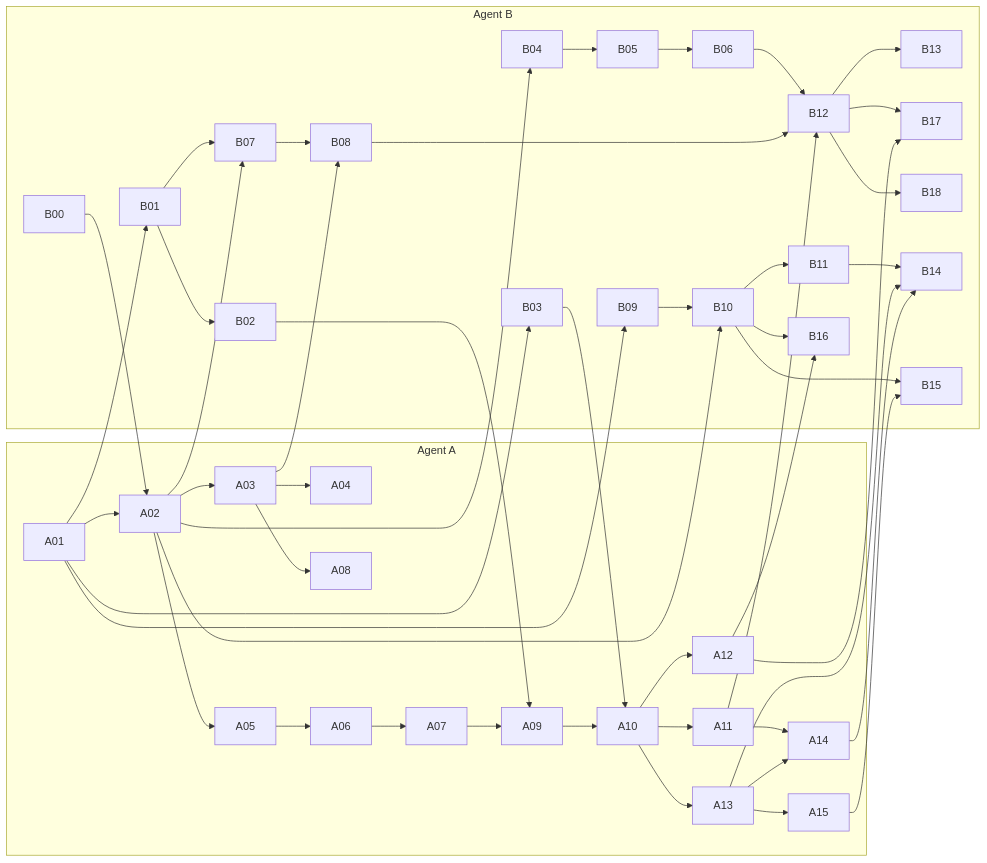
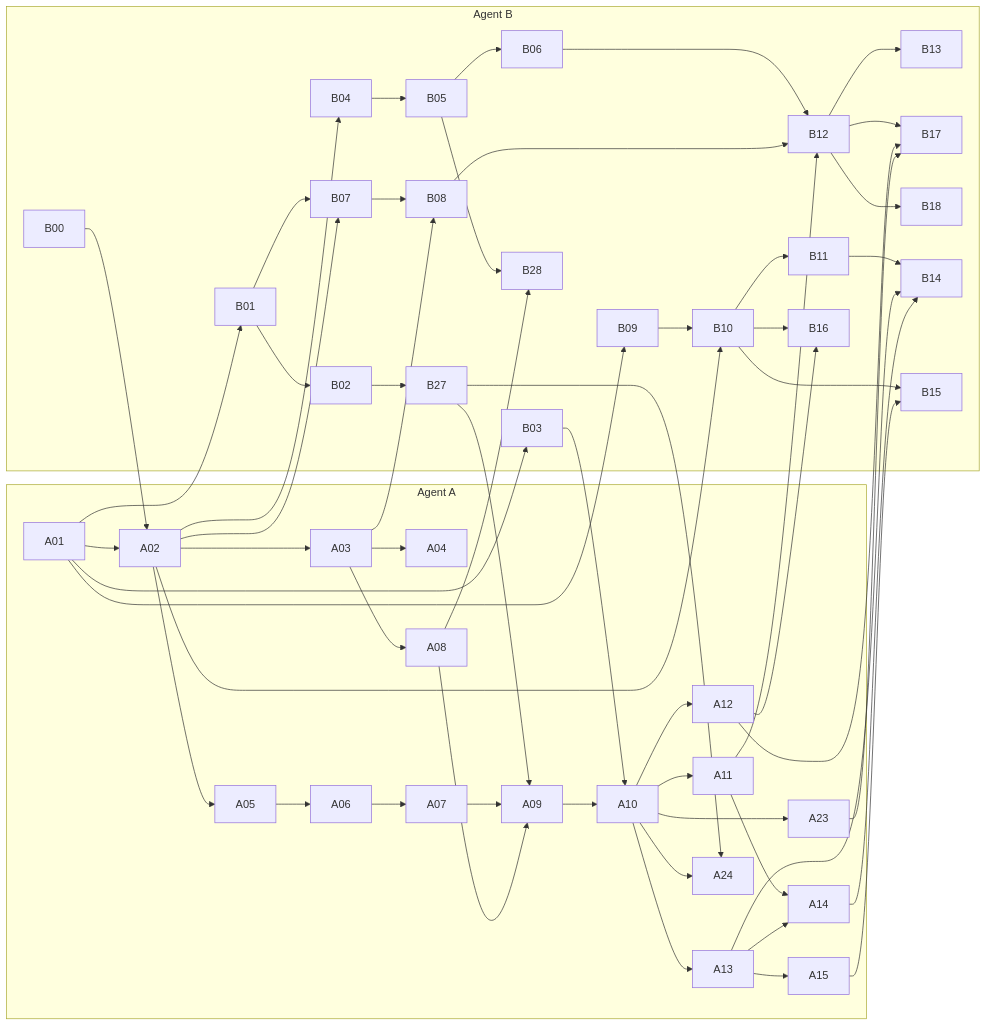
Before and after one commit to Adhil523/kosha: the diagram in docs/agents/PROTOCOL.md, drawn with Mermaid. The commit also changed other lines of this file, not shown here.

````diff
--- a/docs/agents/PROTOCOL.md
+++ b/docs/agents/PROTOCOL.md
@@ -222,34 +234,37 @@
 ```mermaid
 flowchart LR
   subgraph A[Agent A]
     A01 --> A02 --> A03 --> A04
     A02 --> A05 --> A06 --> A07
     A03 --> A08
-    A07 --> A09 --> A10 --> A11
-    A10 --> A12 & A13
+    A07 & A08 --> A09 --> A10 --> A11
+    A10 --> A12 & A13 & A23 & A24
     A11 & A13 --> A14
     A13 --> A15
   end
   subgraph B[Agent B]
     B00
-    B01 --> B02
+    B01 --> B02 --> B27
     B01 --> B07
     B03
     B04 --> B05 --> B06
+    B05 --> B28
     B07 --> B08
     B09 --> B10 --> B11
     B12 --> B13 & B17 & B18
     B11 --> B14
     B10 --> B15 & B16
   end
   B00 --> A02
   A01 --> B01 & B03 & B09
   A02 --> B04 & B07 & B10
   A03 --> B08
-  B02 --> A09
+  A08 --> B28
+  B27 --> A09 & A24
   B03 --> A10
   B06 & B08 & A11 --> B12
   A12 --> B16 & B17
+  A23 --> B17
   A13 & A14 --> B14
   A15 --> B15
 ```
````
